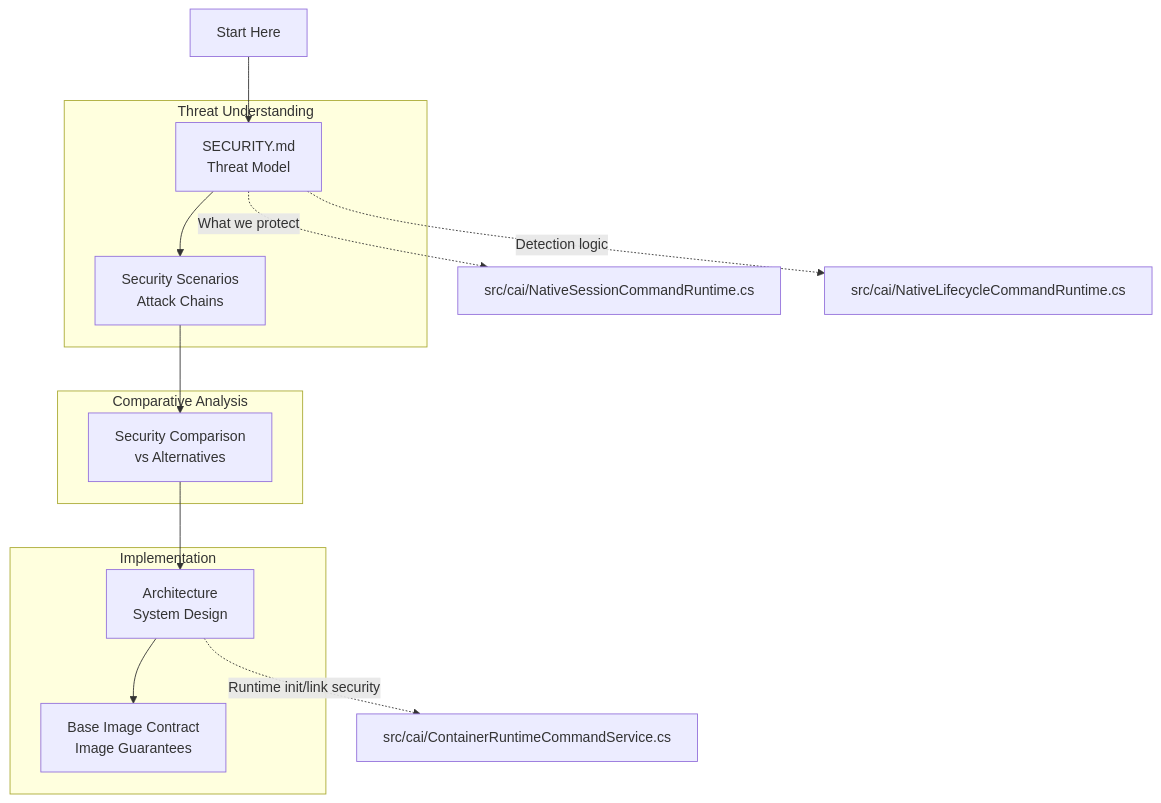
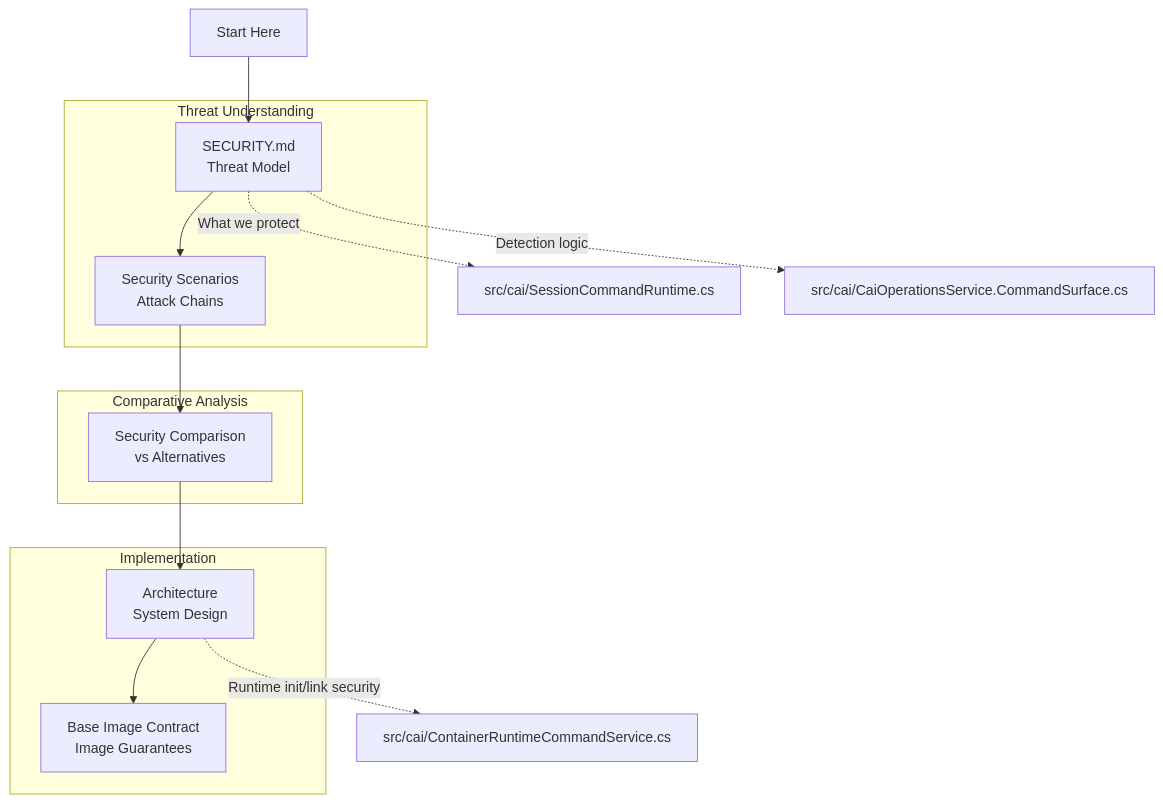
Before and after one commit to novotnyllc/ContainAI: the diagram in docs/for-security-auditors.md, drawn with Mermaid. The commit also changed other lines of this file and 50 other files, not shown here.

Commit message:
Refactor runtime naming and split session command orchestration

````diff
--- a/docs/for-security-auditors.md
+++ b/docs/for-security-auditors.md
@@ -23,34 +23,34 @@
 ```mermaid
 flowchart TD
 
     START["Start Here"]
     SM["SECURITY.md<br/>Threat Model"]
     SS["Security Scenarios<br/>Attack Chains"]
     SC["Security Comparison<br/>vs Alternatives"]
     ARCH["Architecture<br/>System Design"]
     BIC["Base Image Contract<br/>Image Guarantees"]
 
     START --> SM
     SM --> SS
     SS --> SC
     SC --> ARCH
     ARCH --> BIC
 
     subgraph threat["Threat Understanding"]
         SM
         SS
     end
 
     subgraph comparison["Comparative Analysis"]
         SC
     end
 
     subgraph implementation["Implementation"]
         ARCH
         BIC
     end
 
-    SM -.->|"What we protect"| SRC1["src/cai/NativeSessionCommandRuntime.cs"]
-    SM -.->|"Detection logic"| SRC2["src/cai/NativeLifecycleCommandRuntime.cs"]
+    SM -.->|"What we protect"| SRC1["src/cai/SessionCommandRuntime.cs"]
+    SM -.->|"Detection logic"| SRC2["src/cai/CaiOperationsService.CommandSurface.cs"]
     ARCH -.->|"Runtime init/link security"| SRC3["src/cai/ContainerRuntimeCommandService.cs"]
 ```
````
